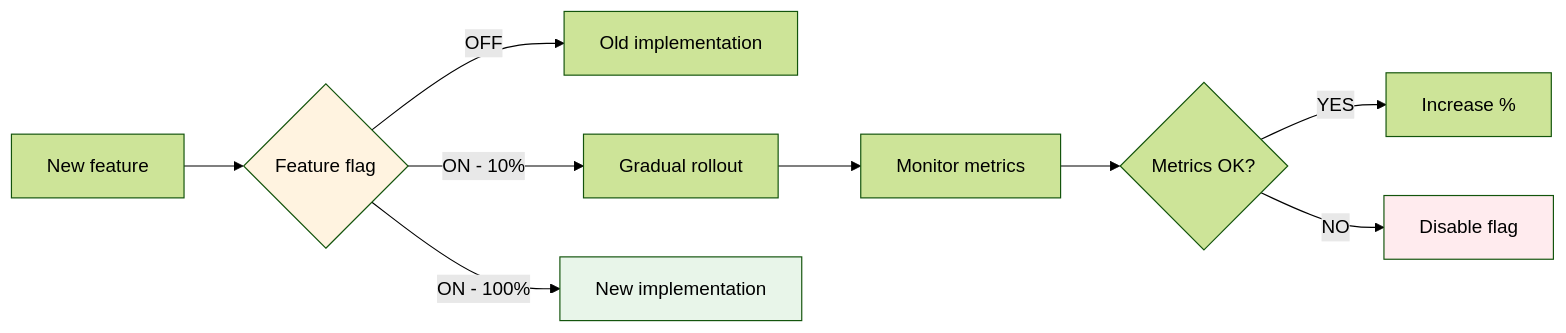
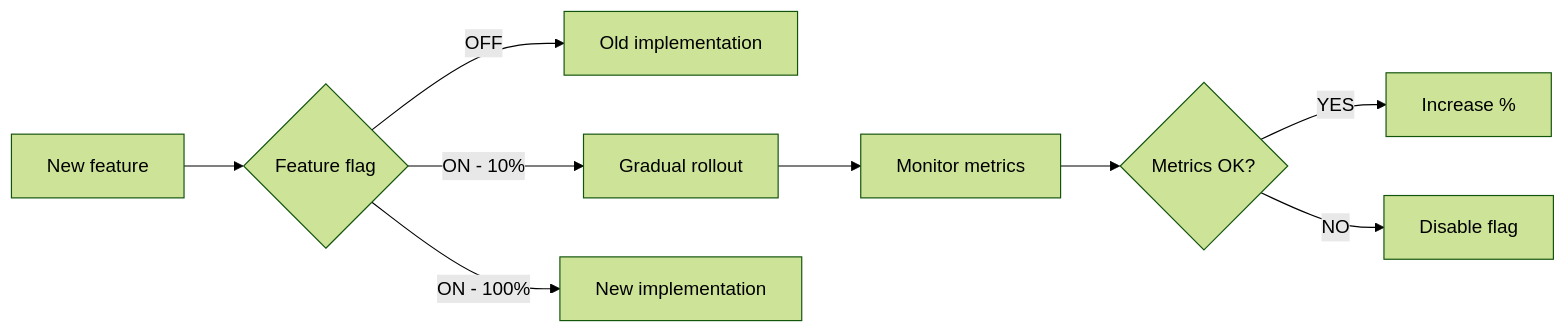
One commit to ready-to-release/eac changed the sixth of 6 diagrams in docs/explanation/continuous-delivery/cd-model/cd-model-stages-7-12.md. Above: the diagram before and after it, drawn with Mermaid (forest theme). The commit also changed other lines of this file and 28 other files, not shown here.

````diff
--- a/docs/explanation/continuous-delivery/cd-model/cd-model-stages-7-12.md
+++ b/docs/explanation/continuous-delivery/cd-model/cd-model-stages-7-12.md
@@ -533,18 +518,15 @@
 ```mermaid
 flowchart LR
     Feature[New feature] --> Flag{Feature flag}
 
     Flag -->|OFF| Old[Old implementation]
     Flag -->|ON - 10%| Rollout[Gradual rollout]
     Flag -->|ON - 100%| New[New implementation]
 
     Rollout --> Monitor[Monitor metrics]
     Monitor --> Decision{Metrics OK?}
 
     Decision -->|YES| Increase[Increase %]
     Decision -->|NO| Disable[Disable flag]
 
-    style Flag fill:#fff3e0
-    style New fill:#e8f5e9
-    style Disable fill:#ffebee
 ```
````
